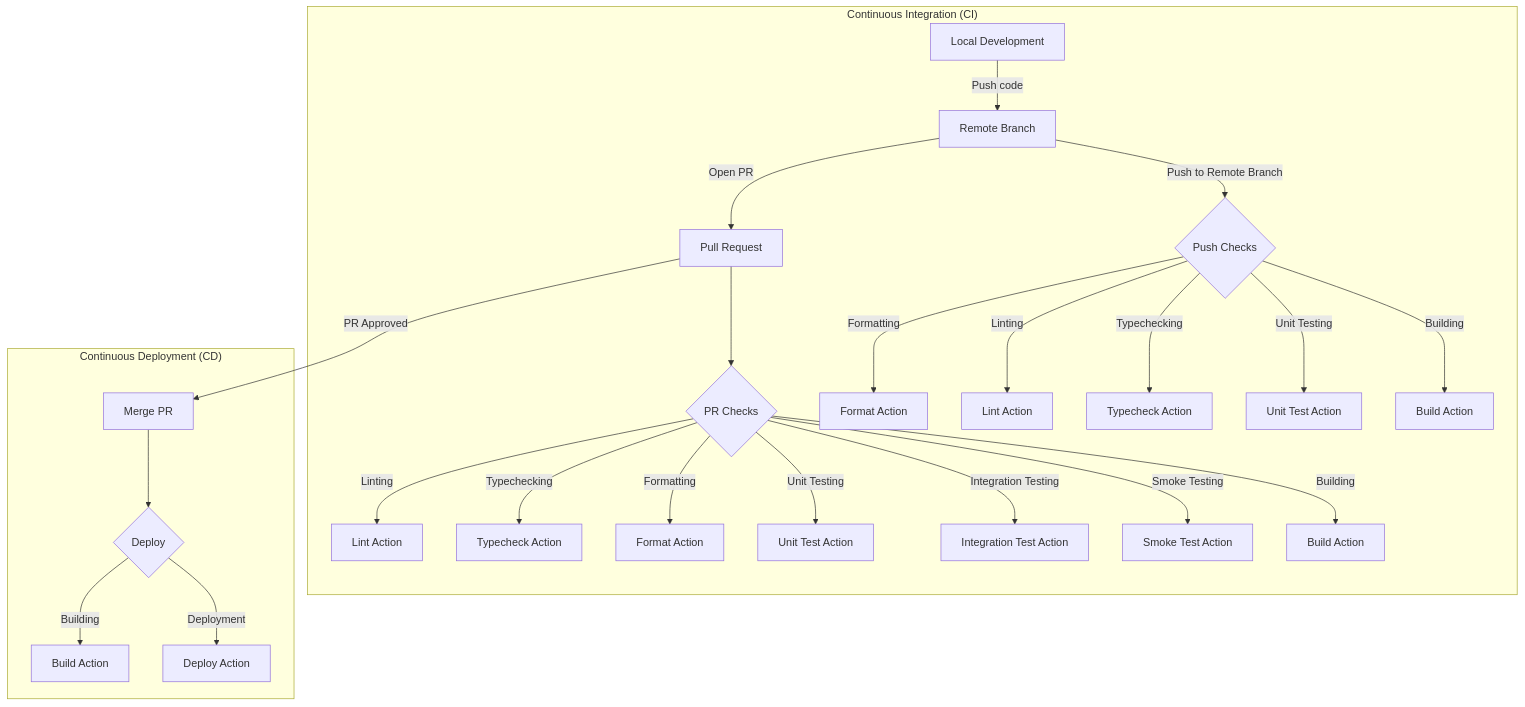
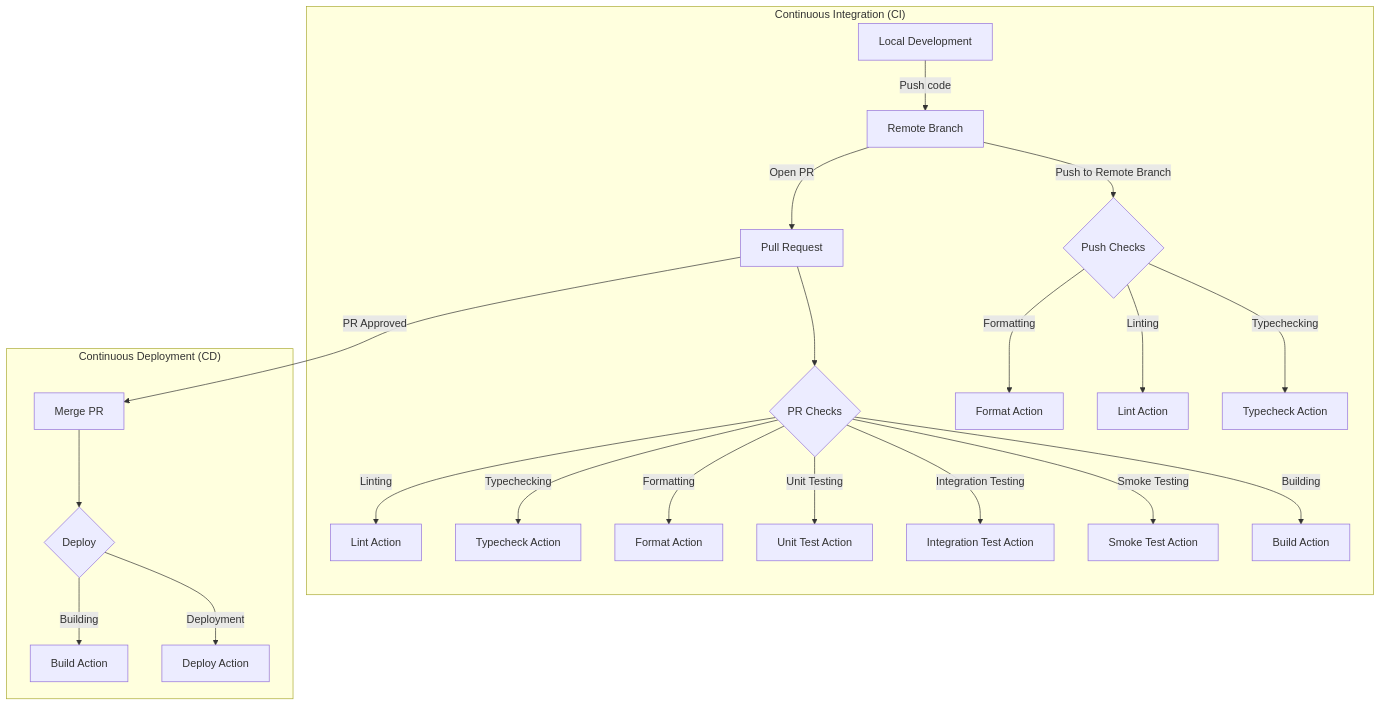
One commit to suddenlyGiovanni/suddenlygiovanni.dev changed the diagram in README.md. Above: the diagram before and after it, drawn with Mermaid. The commit also changed other lines of this file, not shown here.

Commit message:
Update CI/CD documentation and workflow
Expanded the Continuous Integration/Deployment section with a breakdown of the Push and Pull Request workflows. Provided detailed descriptions of how these workflows operate and what checks or procedures they perform. Lastly, a Future Work section was added, outlining potential improvements for a more streamlined and efficient CI/CD pipeline.

````diff
--- a/README.md
+++ b/README.md
@@ -18,27 +18,25 @@
 ```mermaid
 graph TD
-    subgraph "Continuous Integration (CI)"
-        A[Local Development] -->|Push code| B[Remote Branch]
-        B -->|Open PR| C[Pull Request]
-        C --> D{PR Checks}
-        D -->|Linting| E[Lint Action]
-        D -->|Typechecking| F[Typecheck Action]
-        D -->|Formatting| G[Format Action]
-        D -->|Unit Testing| H[Unit Test Action]
-        D -->|Integration Testing| I[Integration Test Action]
-        D -->|Smoke Testing| J[Smoke Test Action]
-        D -->|Building| K[Build Action]
-        B -->|Push to Remote Branch| P{Push Checks}
-        P -->|Formatting| Q[Format Action]
-        P -->|Linting| R[Lint Action]
-        P -->|Typechecking| S[Typecheck Action]
-        P -->|Unit Testing| T[Unit Test Action]
-        P -->|Building| U[Build Action]
-    end
-    subgraph "Continuous Deployment (CD)"
-        C -->|PR Approved| L[Merge PR]
-        L --> M{Deploy}
-        M -->|Building| N[Build Action]
-        M -->|Deployment| O[Deploy Action]
-    end
+	subgraph "Continuous Integration (CI)"
+		A[Local Development] -->|Push code| B[Remote Branch]
+		B -->|Open PR| C[Pull Request]
+		C --> D{PR Checks}
+		D -->|Linting| E[Lint Action]
+		D -->|Typechecking| F[Typecheck Action]
+		D -->|Formatting| G[Format Action]
+		D -->|Unit Testing| H[Unit Test Action]
+		D -->|Integration Testing| I[Integration Test Action]
+		D -->|Smoke Testing| J[Smoke Test Action]
+		D -->|Building| K[Build Action]
+		B -->|Push to Remote Branch| P{Push Checks}
+		P -->|Formatting| Q[Format Action]
+		P -->|Linting| R[Lint Action]
+		P -->|Typechecking| S[Typecheck Action]
+	end
+	subgraph "Continuous Deployment (CD)"
+		C -->|PR Approved| L[Merge PR]
+		L --> M{Deploy}
+		M -->|Building| N[Build Action]
+		M -->|Deployment| O[Deploy Action]
+	end
 ```
````
